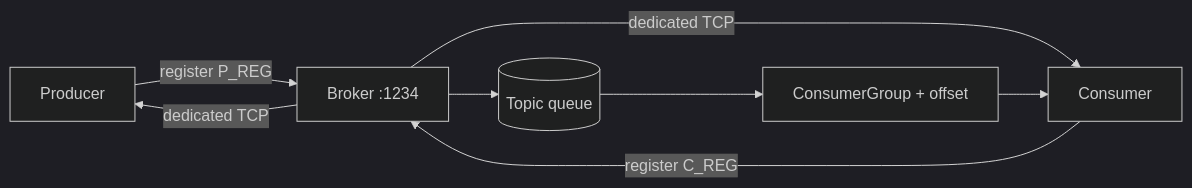
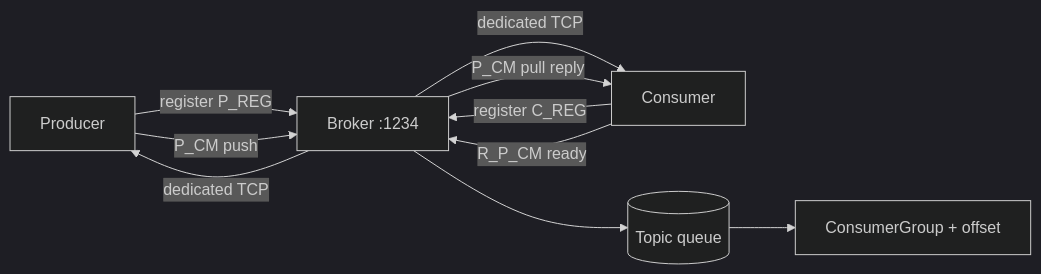
The diagram in README.md (hmintusn/DistributedMessageQueue_java), drawn with Mermaid (dark theme) before and after one commit. The commit also changed other lines of this file, not shown here.

````diff
--- a/README.md
+++ b/README.md
@@ -12,10 +13,12 @@
 ```mermaid
 flowchart LR
   P[Producer] -->|register P_REG| B[Broker :1234]
   C[Consumer] -->|register C_REG| B
   B -->|dedicated TCP| P
   B -->|dedicated TCP| C
+  P -->|P_CM push| B
+  C -->|R_P_CM ready| B
+  B -->|P_CM pull reply| C
   B --> T[(Topic queue)]
   T --> G[ConsumerGroup + offset]
-  G --> C
 ```
````
